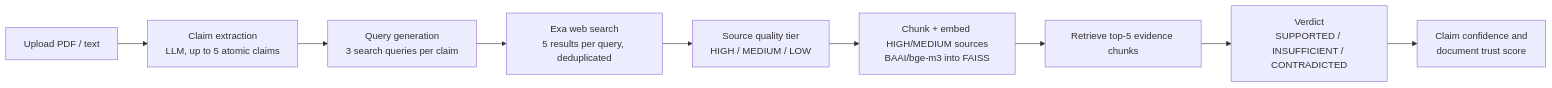
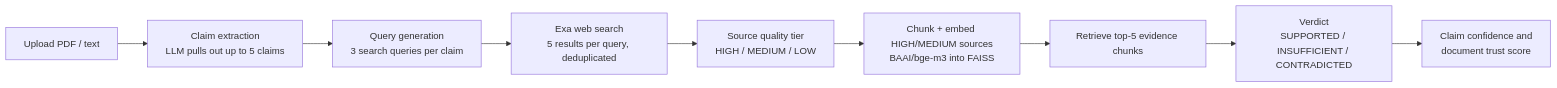
One commit to DarkMatter1217/ARA changed the diagram in README.md. Above: the diagram before and after it, drawn with Mermaid.

Commit message:
README: plainer wording

````diff
--- a/README.md
+++ b/README.md
@@ -11,11 +11,11 @@
 ```mermaid
 flowchart LR
-    A[Upload PDF / text] --> B[Claim extraction<br/>LLM, up to 5 atomic claims]
+    A[Upload PDF / text] --> B[Claim extraction<br/>LLM pulls out up to 5 claims]
     B --> C[Query generation<br/>3 search queries per claim]
     C --> D[Exa web search<br/>5 results per query, deduplicated]
     D --> E[Source quality tier<br/>HIGH / MEDIUM / LOW]
     E --> F[Chunk + embed HIGH/MEDIUM sources<br/>BAAI/bge-m3 into FAISS]
     F --> G[Retrieve top-5 evidence chunks]
     G --> H[Verdict<br/>SUPPORTED / INSUFFICIENT / CONTRADICTED]
     H --> I[Claim confidence and<br/>document trust score]
 ```
````
